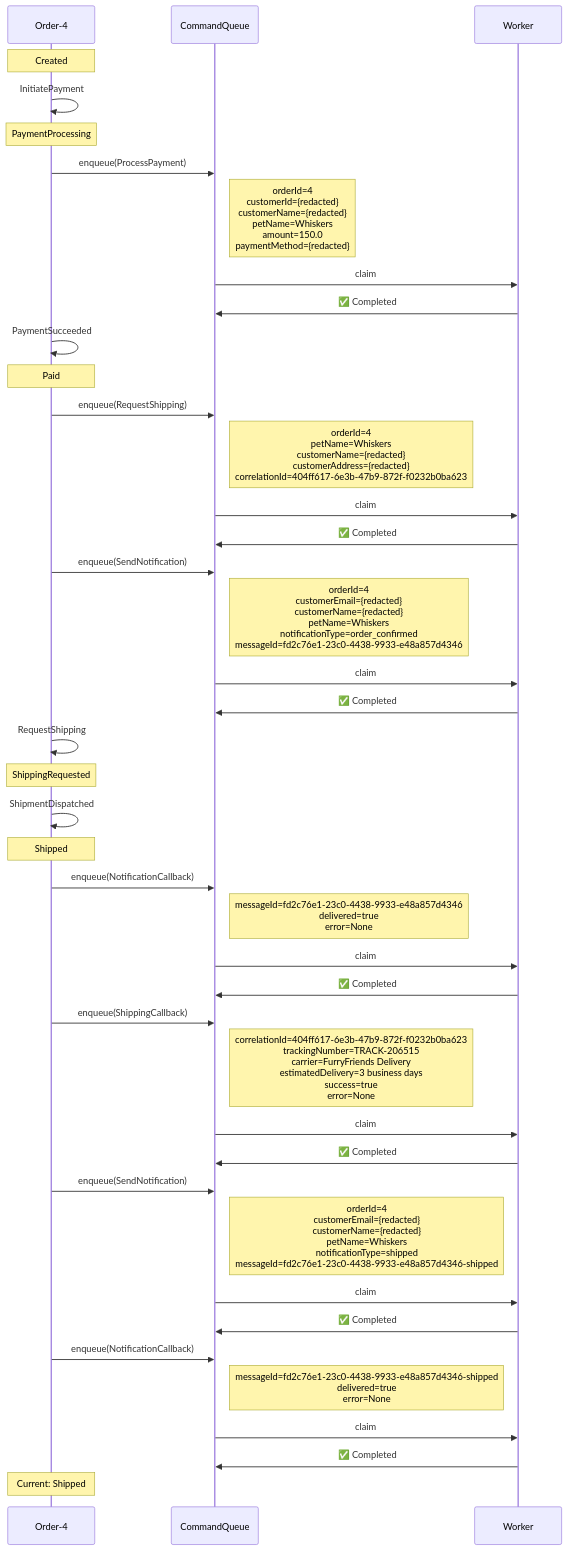
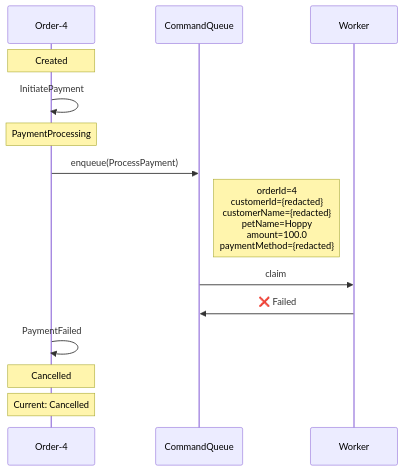
Before and after one commit to Iterable/mechanoid: the first of 3 diagrams in docs/visualizations/order-4-trace.md, drawn with Mermaid. The commit also changed other lines of this file and 6 other files, not shown here.

````diff
--- a/docs/visualizations/order-4-trace.md
+++ b/docs/visualizations/order-4-trace.md
@@ -11,46 +11,18 @@
 ```mermaid
 %%{init: {'themeCSS': '.noteText { text-align: left !important; }'}}%%
 sequenceDiagram
     participant FSM as Order-4
     participant CQ as CommandQueue
     participant W as Worker
 
     Note over FSM: Created
     FSM->>FSM: InitiatePayment
     Note over FSM: PaymentProcessing
     FSM->>CQ: enqueue(ProcessPayment)
-    Note right of CQ: orderId=4<br/>customerId={redacted}<br/>customerName={redacted}<br/>petName=Whiskers<br/>amount=150.0<br/>paymentMethod={redacted}
+    Note right of CQ: orderId=4<br/>customerId={redacted}<br/>customerName={redacted}<br/>petName=Hoppy<br/>amount=100.0<br/>paymentMethod={redacted}
     CQ->>W: claim
-    W->>CQ: ✅ Completed
-    FSM->>FSM: PaymentSucceeded
-    Note over FSM: Paid
-    FSM->>CQ: enqueue(RequestShipping)
-    Note right of CQ: orderId=4<br/>petName=Whiskers<br/>customerName={redacted}<br/>customerAddress={redacted}<br/>correlationId=404ff617-6e3b-47b9-872f-f0232b0ba623
-    CQ->>W: claim
-    W->>CQ: ✅ Completed
-    FSM->>CQ: enqueue(SendNotification)
-    Note right of CQ: orderId=4<br/>customerEmail={redacted}<br/>customerName={redacted}<br/>petName=Whiskers<br/>notificationType=order_confirmed<br/>messageId=fd2c76e1-23c0-4438-9933-e48a857d4346
-    CQ->>W: claim
-    W->>CQ: ✅ Completed
-    FSM->>FSM: RequestShipping
-    Note over FSM: ShippingRequested
-    FSM->>FSM: ShipmentDispatched
-    Note over FSM: Shipped
-    FSM->>CQ: enqueue(NotificationCallback)
-    Note right of CQ: messageId=fd2c76e1-23c0-4438-9933-e48a857d4346<br/>delivered=true<br/>error=None
-    CQ->>W: claim
-    W->>CQ: ✅ Completed
-    FSM->>CQ: enqueue(ShippingCallback)
-    Note right of CQ: correlationId=404ff617-6e3b-47b9-872f-f0232b0ba623<br/>trackingNumber=TRACK-206515<br/>carrier=FurryFriends Delivery<br/>estimatedDelivery=3 business days<br/>success=true<br/>error=None
-    CQ->>W: claim
-    W->>CQ: ✅ Completed
-    FSM->>CQ: enqueue(SendNotification)
-    Note right of CQ: orderId=4<br/>customerEmail={redacted}<br/>customerName={redacted}<br/>petName=Whiskers<br/>notificationType=shipped<br/>messageId=fd2c76e1-23c0-4438-9933-e48a857d4346-shipped
-    CQ->>W: claim
-    W->>CQ: ✅ Completed
-    FSM->>CQ: enqueue(NotificationCallback)
-    Note right of CQ: messageId=fd2c76e1-23c0-4438-9933-e48a857d4346-shipped<br/>delivered=true<br/>error=None
-    CQ->>W: claim
-    W->>CQ: ✅ Completed
-    Note over FSM: Current: Shipped
+    W->>CQ: ❌ Failed
+    FSM->>FSM: PaymentFailed
+    Note over FSM: Cancelled
+    Note over FSM: Current: Cancelled
 ```
````
